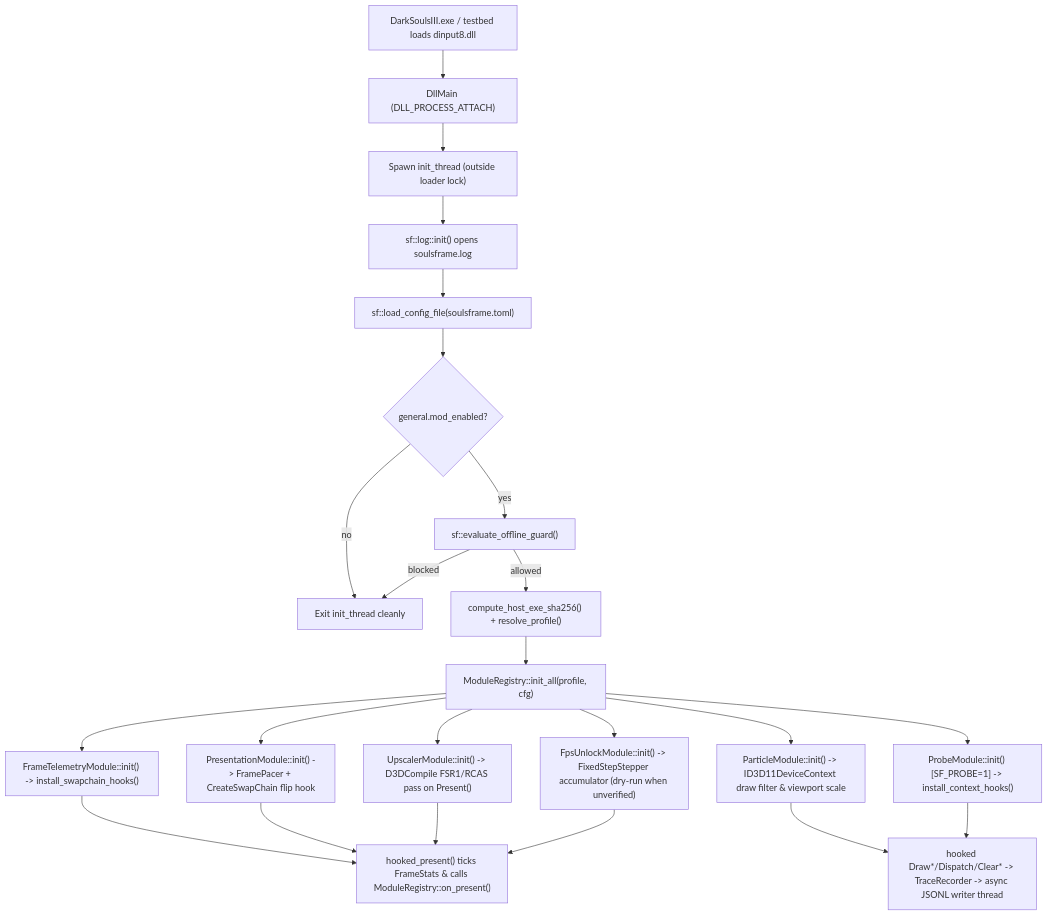
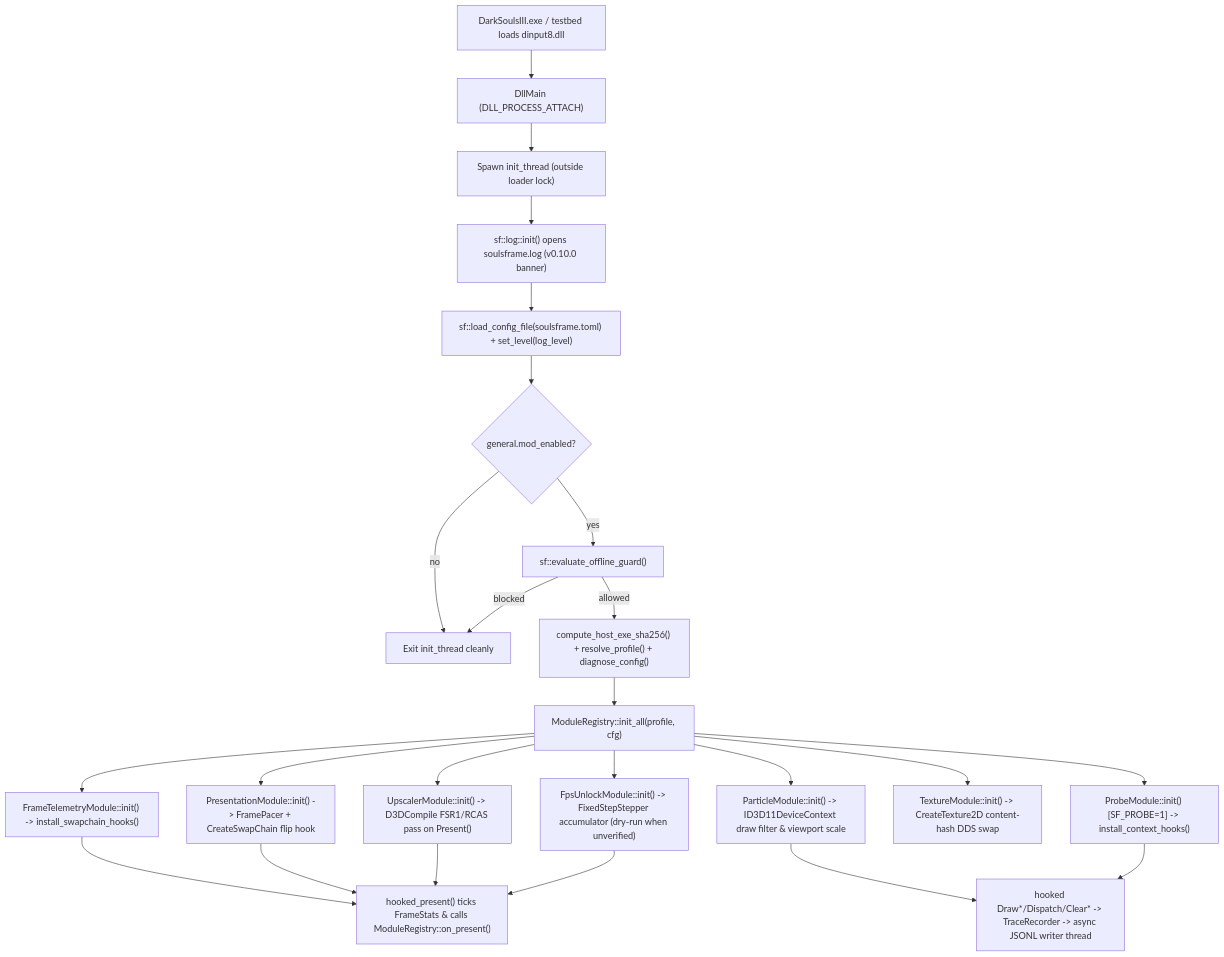
One commit to hazalkoom/soulsframe changed the diagram in docs/09-codebase-reference.md. Above: the diagram before and after it, drawn with Mermaid. The commit also changed other lines of this file and 5 other files, not shown here.

````diff
--- a/docs/09-codebase-reference.md
+++ b/docs/09-codebase-reference.md
@@ -7,25 +7,26 @@
 ```mermaid
 flowchart TD
   A["DarkSoulsIII.exe / testbed loads dinput8.dll"] --> B["DllMain (DLL_PROCESS_ATTACH)"]
   B --> C["Spawn init_thread (outside loader lock)"]
-  C --> D["sf::log::init() opens soulsframe.log"]
-  D --> E["sf::load_config_file(soulsframe.toml)"]
+  C --> D["sf::log::init() opens soulsframe.log (v0.10.0 banner)"]
+  D --> E["sf::load_config_file(soulsframe.toml) + set_level(log_level)"]
   E --> F{"general.mod_enabled?"}
   F -- no --> Z["Exit init_thread cleanly"]
   F -- yes --> G["sf::evaluate_offline_guard()"]
   G -- blocked --> Z
-  G -- allowed --> H["compute_host_exe_sha256() + resolve_profile()"]
+  G -- allowed --> H["compute_host_exe_sha256() + resolve_profile() + diagnose_config()"]
   H --> I["ModuleRegistry::init_all(profile, cfg)"]
   I --> J["FrameTelemetryModule::init() -> install_swapchain_hooks()"]
   I --> M["PresentationModule::init() -> FramePacer + CreateSwapChain flip hook"]
   I --> N["ParticleModule::init() -> ID3D11DeviceContext draw filter & viewport scale"]
   I --> U["UpscalerModule::init() -> D3DCompile FSR1/RCAS pass on Present()"]
   I --> F8["FpsUnlockModule::init() -> FixedStepStepper accumulator (dry-run when unverified)"]
+  I --> T["TextureModule::init() -> CreateTexture2D content-hash DDS swap"]
   I --> P["ProbeModule::init() [SF_PROBE=1] -> install_context_hooks()"]
   J --> K["hooked_present() ticks FrameStats & calls ModuleRegistry::on_present()"]
   M --> K
   U --> K
   F8 --> K
   N --> L
   P --> L["hooked Draw*/Dispatch/Clear* -> TraceRecorder -> async JSONL writer thread"]
 ```
````
